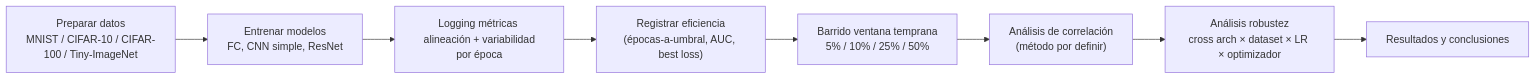
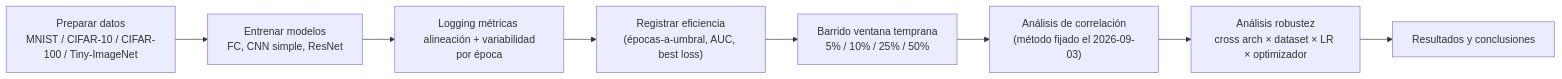
One commit to LaiqianDS/gradient-alignment changed the diagram in docs/research/1 - Diseño.md. Above: the diagram before and after it, drawn with Mermaid. The commit also changed other lines of this file and 3 other files, not shown here.

First line of the commit message:
record the ten method deviations and the figure and text changes in the vault

````diff
--- a/docs/research/1 - Diseño.md
+++ b/docs/research/1 - Diseño.md
@@ -89,10 +104,10 @@
 ```mermaid
 flowchart LR
     A["Preparar datos\nMNIST / CIFAR-10 / CIFAR-100 / Tiny-ImageNet"] --> B["Entrenar modelos\nFC, CNN simple, ResNet"]
     B --> C["Logging métricas alineación + variabilidad\npor época"]
     C --> D["Registrar eficiencia\n(épocas-a-umbral, AUC, best loss)"]
     D --> E["Barrido ventana temprana\n5% / 10% / 25% / 50%"]
-    E --> F["Análisis de correlación\n(método por definir)"]
+    E --> F["Análisis de correlación\n(método fijado el 2026-09-03)"]
     F --> G["Análisis robustez\ncross arch × dataset × LR × optimizador"]
     G --> H["Resultados y conclusiones"]
 ```
````
